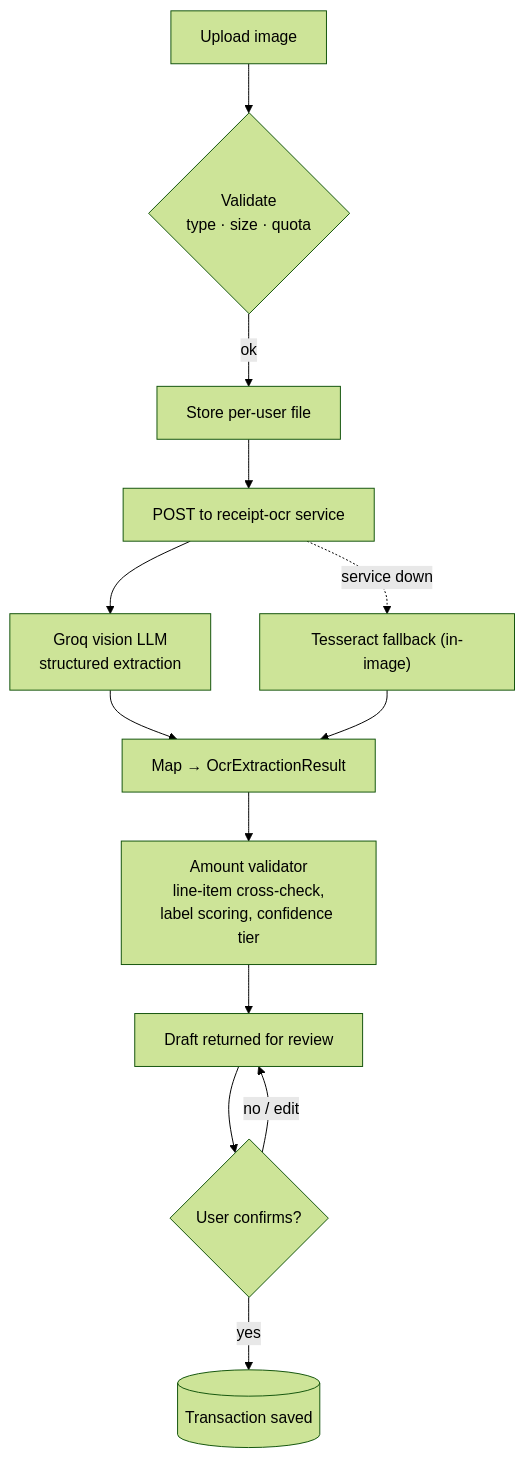
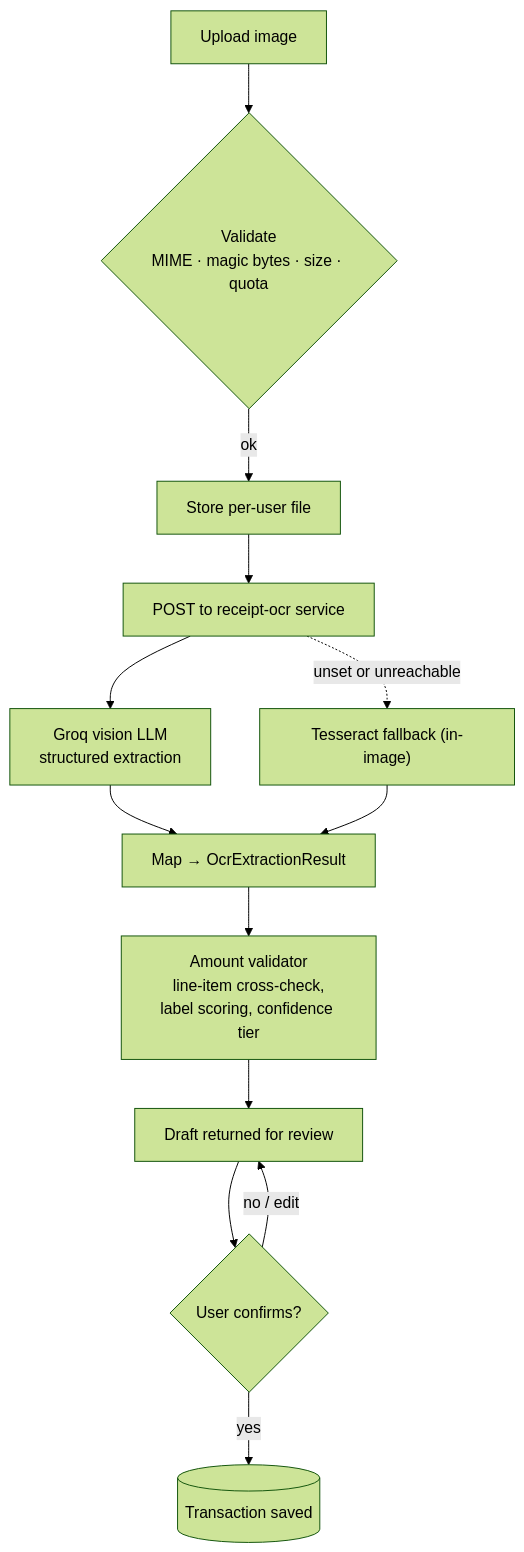
One commit to mithunveluru/flowsight changed the fifth of 7 diagrams in README.md. Above: the diagram before and after it, drawn with Mermaid (forest theme). The commit also changed other lines of this file and 22 other files, not shown here.

````diff
--- a/README.md
+++ b/README.md
@@ -243,14 +373,14 @@
 ```mermaid
 flowchart TB
-    U["Upload image"] --> V{"Validate<br/>type · size · quota"}
+    U["Upload image"] --> V{"Validate<br/>MIME · magic bytes · size · quota"}
     V -- "ok" --> ST["Store per-user file"]
     ST --> P["POST to receipt-ocr service"]
     P --> LLM["Groq vision LLM<br/>structured extraction"]
     LLM --> MAP["Map → OcrExtractionResult"]
     MAP --> AV["Amount validator<br/>line-item cross-check,<br/>label scoring, confidence tier"]
     AV --> R["Draft returned for review"]
     R --> CF{"User confirms?"}
     CF -- "yes" --> TX[("Transaction saved")]
     CF -- "no / edit" --> R
-    P -. "service down" .-> TESS["Tesseract fallback (in-image)"] --> MAP
+    P -. "unset or unreachable" .-> TESS["Tesseract fallback (in-image)"] --> MAP
 ```
````
